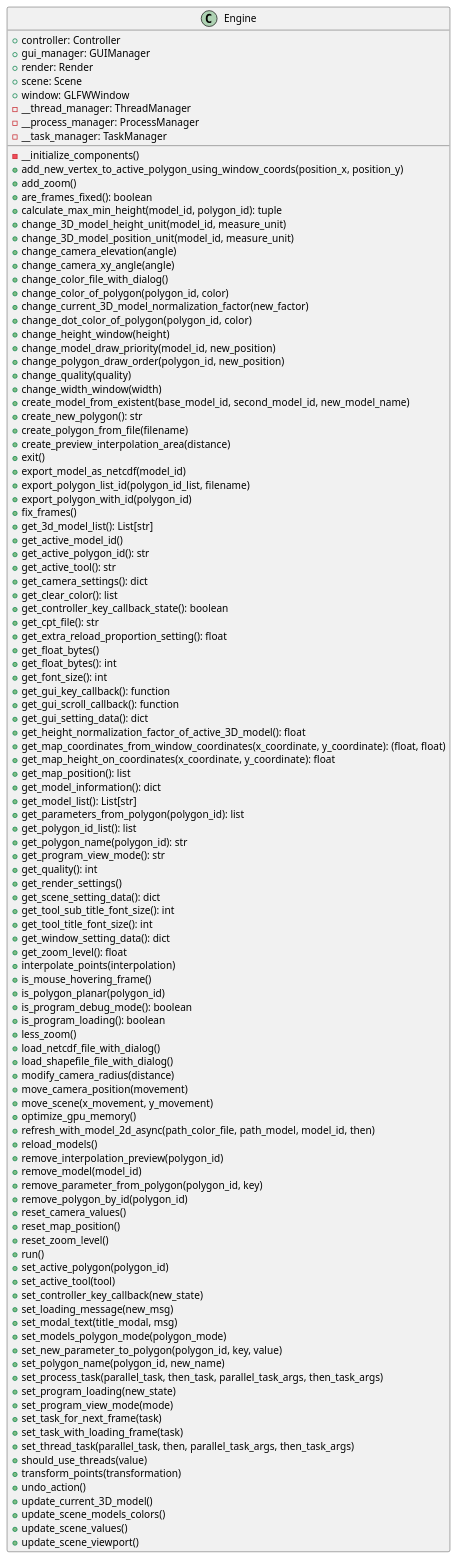
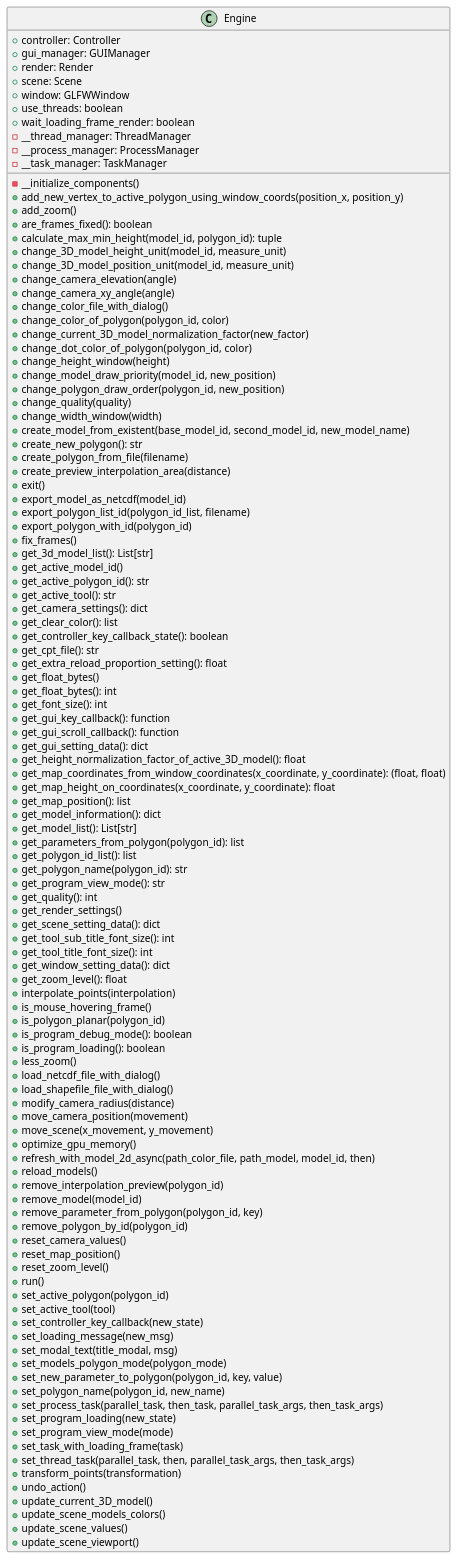
Before and after one commit to ferpoble2/Relief_Creator: the diagram in docs/classes/Engine.puml, drawn with PlantUML. The commit also changed 13 other files, not shown here.

```diff
--- a/docs/classes/Engine.puml
+++ b/docs/classes/Engine.puml
@@ -1,116 +1,116 @@
 @startuml
 class Engine {
     + controller: Controller
     + gui_manager: GUIManager
     + render: Render
     + scene: Scene
     + window: GLFWWindow
+    + use_threads: boolean
+    + wait_loading_frame_render: boolean
     - __thread_manager: ThreadManager
     - __process_manager: ProcessManager
     - __task_manager: TaskManager
 
     - __initialize_components()
     + add_new_vertex_to_active_polygon_using_window_coords(position_x, position_y)
     + add_zoom()
     + are_frames_fixed(): boolean
     + calculate_max_min_height(model_id, polygon_id): tuple
     + change_3D_model_height_unit(model_id, measure_unit)
     + change_3D_model_position_unit(model_id, measure_unit)
     + change_camera_elevation(angle)
     + change_camera_xy_angle(angle)
     + change_color_file_with_dialog()
     + change_color_of_polygon(polygon_id, color)
     + change_current_3D_model_normalization_factor(new_factor)
     + change_dot_color_of_polygon(polygon_id,  color)
     + change_height_window(height)
     + change_model_draw_priority(model_id, new_position)
     + change_polygon_draw_order(polygon_id, new_position)
     + change_quality(quality)
     + change_width_window(width)
     + create_model_from_existent(base_model_id, second_model_id, new_model_name)
     + create_new_polygon(): str
     + create_polygon_from_file(filename)
     + create_preview_interpolation_area(distance)
     + exit()
     + export_model_as_netcdf(model_id)
     + export_polygon_list_id(polygon_id_list, filename)
     + export_polygon_with_id(polygon_id)
     + fix_frames()
     + get_3d_model_list(): List[str]
     + get_active_model_id()
     + get_active_polygon_id(): str
     + get_active_tool(): str
     + get_camera_settings(): dict
     + get_clear_color(): list
     + get_controller_key_callback_state(): boolean
     + get_cpt_file(): str
     + get_extra_reload_proportion_setting(): float
     + get_float_bytes()
     + get_float_bytes(): int
     + get_font_size(): int
     + get_gui_key_callback(): function
     + get_gui_scroll_callback(): function
     + get_gui_setting_data(): dict
     + get_height_normalization_factor_of_active_3D_model(): float
     + get_map_coordinates_from_window_coordinates(x_coordinate, y_coordinate): (float, float)
     + get_map_height_on_coordinates(x_coordinate, y_coordinate): float
     + get_map_position(): list
     + get_model_information(): dict
     + get_model_list(): List[str]
     + get_parameters_from_polygon(polygon_id): list
     + get_polygon_id_list(): list
     + get_polygon_name(polygon_id): str
     + get_program_view_mode(): str
     + get_quality(): int
     + get_render_settings()
     + get_scene_setting_data(): dict
     + get_tool_sub_title_font_size(): int
     + get_tool_title_font_size(): int
     + get_window_setting_data(): dict
     + get_zoom_level(): float
     + interpolate_points(interpolation)
     + is_mouse_hovering_frame()
     + is_polygon_planar(polygon_id)
     + is_program_debug_mode(): boolean
     + is_program_loading(): boolean
     + less_zoom()
     + load_netcdf_file_with_dialog()
     + load_shapefile_file_with_dialog()
     + modify_camera_radius(distance)
     + move_camera_position(movement)
     + move_scene(x_movement, y_movement)
     + optimize_gpu_memory()
     + refresh_with_model_2d_async(path_color_file, path_model, model_id, then)
     + reload_models()
     + remove_interpolation_preview(polygon_id)
     + remove_model(model_id)
     + remove_parameter_from_polygon(polygon_id, key)
     + remove_polygon_by_id(polygon_id)
     + reset_camera_values()
     + reset_map_position()
     + reset_zoom_level()
     + run()
     + set_active_polygon(polygon_id)
     + set_active_tool(tool)
     + set_controller_key_callback(new_state)
     + set_loading_message(new_msg)
     + set_modal_text(title_modal, msg)
     + set_models_polygon_mode(polygon_mode)
     + set_new_parameter_to_polygon(polygon_id, key, value)
     + set_polygon_name(polygon_id, new_name)
     + set_process_task(parallel_task, then_task, parallel_task_args, then_task_args)
     + set_program_loading(new_state)
     + set_program_view_mode(mode)
-    + set_task_for_next_frame(task)
     + set_task_with_loading_frame(task)
     + set_thread_task(parallel_task, then, parallel_task_args, then_task_args)
-    + should_use_threads(value)
     + transform_points(transformation)
     + undo_action()
     + update_current_3D_model()
     + update_scene_models_colors()
     + update_scene_values()
     + update_scene_viewport()
 }
 
 @enduml
```
